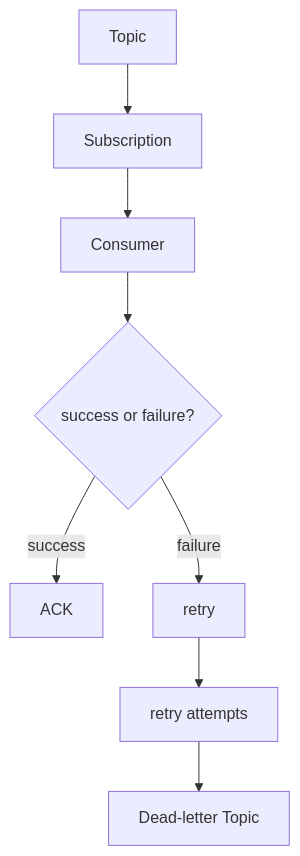
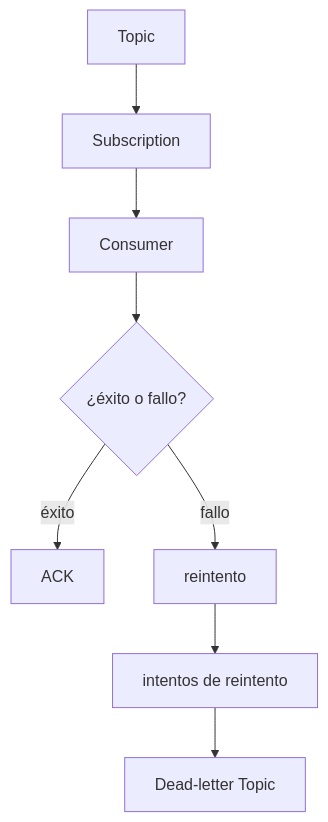
The eighth of 10 diagrams in src/content/blog/google-cloud-pubsub-how-to-use-it-correctly.es.md (mytheondev/mytheondev), drawn with Mermaid before and after one commit. The commit also changed other lines of this file and 33 other files, not shown here.

````diff
--- a/src/content/blog/google-cloud-pubsub-how-to-use-it-correctly.es.md
+++ b/src/content/blog/google-cloud-pubsub-how-to-use-it-correctly.es.md
@@ -205,9 +226,9 @@
 ```mermaid
 flowchart TD
   Topic --> Subscription --> Consumer
-  Consumer --> Outcome{success or failure?}
-  Outcome -->|success| Ack[ACK]
-  Outcome -->|failure| Retry[retry]
-  Retry --> Attempts[retry attempts]
+  Consumer --> Outcome{¿éxito o fallo?}
+  Outcome -->|éxito| Ack[ACK]
+  Outcome -->|fallo| Retry[reintento]
+  Retry --> Attempts[intentos de reintento]
   Attempts --> DLT[Dead-letter Topic]
 ```
````
